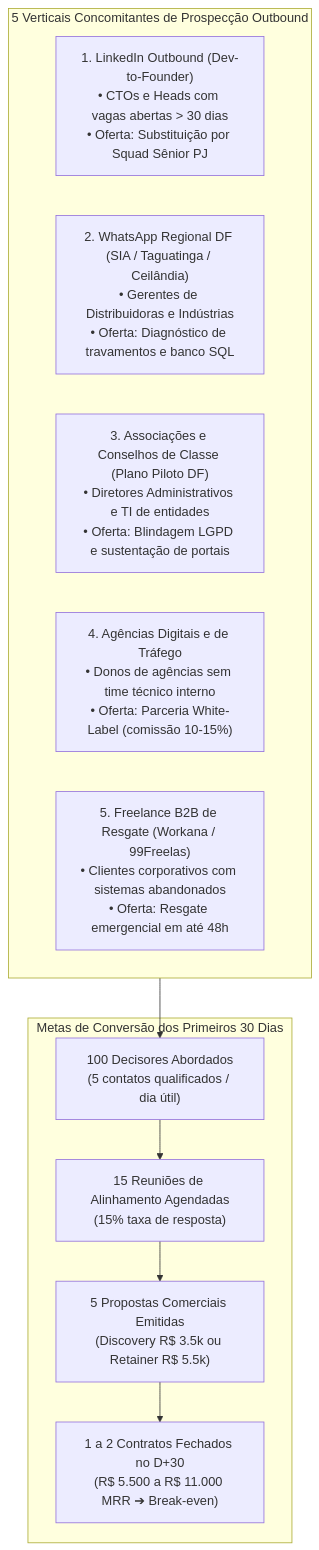
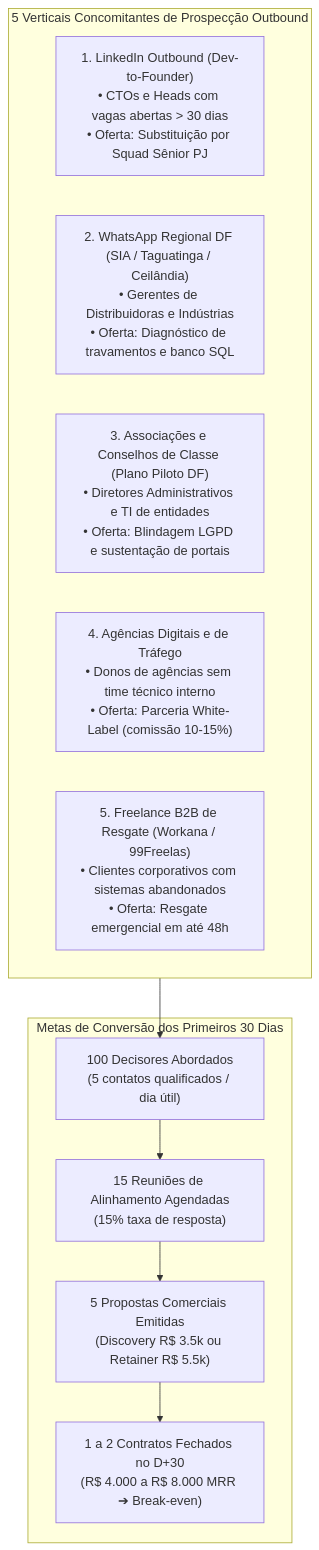
One commit to trd-consultoria-ti/startup changed the eighth of 9 diagrams in PLANO_DE_LANCAMENTO_EMPRESARIAL.md. Above: the diagram before and after it, drawn with Mermaid. The commit also changed other lines of this file and 15 other files, not shown here.

````diff
--- a/PLANO_DE_LANCAMENTO_EMPRESARIAL.md
+++ b/PLANO_DE_LANCAMENTO_EMPRESARIAL.md
@@ -385,18 +385,18 @@
 ```mermaid
 flowchart TD
     subgraph Canais ["5 Verticais Concomitantes de Prospecção Outbound"]
         C1["1. LinkedIn Outbound (Dev-to-Founder)\n• CTOs e Heads com vagas abertas > 30 dias\n• Oferta: Substituição por Squad Sênior PJ"]
         C2["2. WhatsApp Regional DF (SIA / Taguatinga / Ceilândia)\n• Gerentes de Distribuidoras e Indústrias\n• Oferta: Diagnóstico de travamentos e banco SQL"]
         C3["3. Associações e Conselhos de Classe (Plano Piloto DF)\n• Diretores Administrativos e TI de entidades\n• Oferta: Blindagem LGPD e sustentação de portais"]
         C4["4. Agências Digitais e de Tráfego\n• Donos de agências sem time técnico interno\n• Oferta: Parceria White-Label (comissão 10-15%)"]
         C5["5. Freelance B2B de Resgate (Workana / 99Freelas)\n• Clientes corporativos com sistemas abandonados\n• Oferta: Resgate emergencial em até 48h"]
     end
 
     subgraph Funil ["Metas de Conversão dos Primeiros 30 Dias"]
         F_TOPO["100 Decisores Abordados\n(5 contatos qualificados / dia útil)"] --> F_MEIO["15 Reuniões de Alinhamento Agendadas\n(15% taxa de resposta)"]
         F_MEIO --> F_PROP["5 Propostas Comerciais Emitidas\n(Discovery R$ 3.5k ou Retainer R$ 5.5k)"]
-        F_PROP --> F_FECH["1 a 2 Contratos Fechados no D+30\n(R$ 5.500 a R$ 11.000 MRR ➔ Break-even)"]
+        F_PROP --> F_FECH["1 a 2 Contratos Fechados no D+30\n(R$ 4.000 a R$ 8.000 MRR ➔ Break-even)"]
     end
 
     Canais --> F_TOPO
 ```
````
